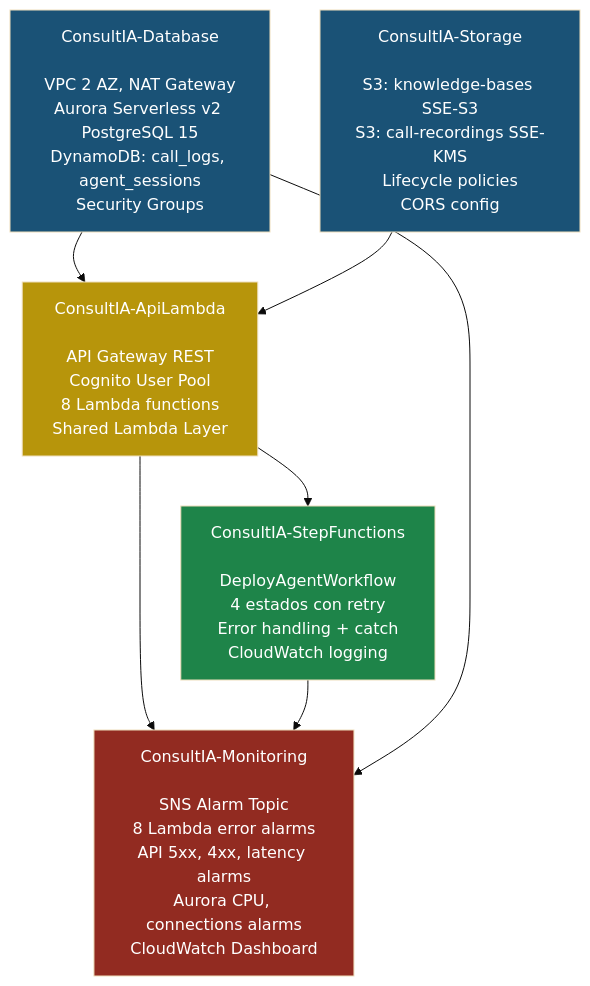
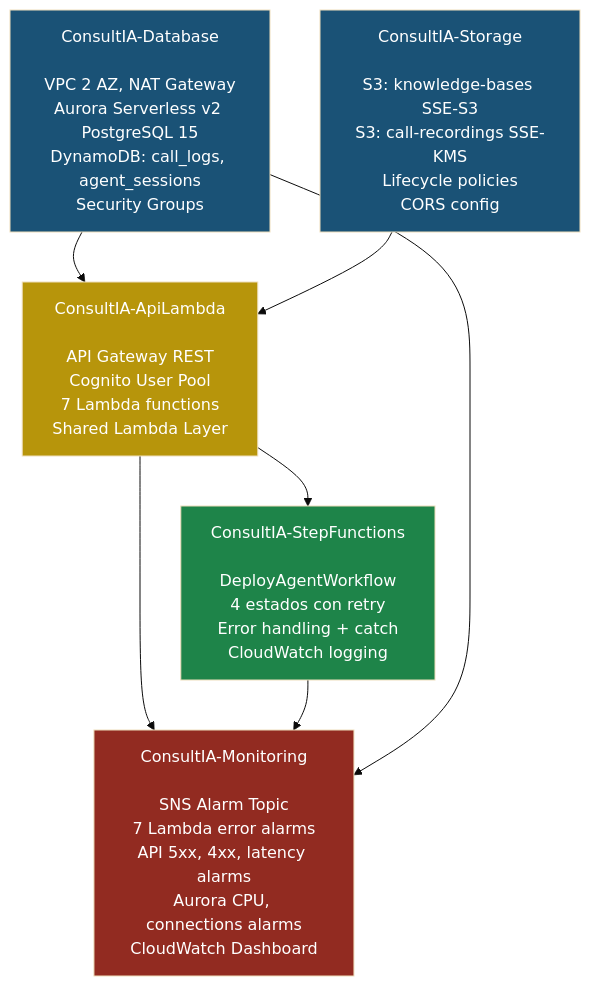
One commit to alvarojauna/consultia-landing changed the second of 3 diagrams in README.md. Above: the diagram before and after it, drawn with Mermaid (base theme). The commit also changed other lines of this file and 19 other files, not shown here.

````diff
--- a/README.md
+++ b/README.md
@@ -107,21 +104,21 @@
 ```mermaid
 graph TD
     DB["ConsultIA-Database<br/><br/>VPC 2 AZ, NAT Gateway<br/>Aurora Serverless v2 PostgreSQL 15<br/>DynamoDB: call_logs, agent_sessions<br/>Security Groups"]
     ST["ConsultIA-Storage<br/><br/>S3: knowledge-bases SSE-S3<br/>S3: call-recordings SSE-KMS<br/>Lifecycle policies<br/>CORS config"]
-    AL["ConsultIA-ApiLambda<br/><br/>API Gateway REST<br/>Cognito User Pool<br/>8 Lambda functions<br/>Shared Lambda Layer"]
+    AL["ConsultIA-ApiLambda<br/><br/>API Gateway REST<br/>Cognito User Pool<br/>7 Lambda functions<br/>Shared Lambda Layer"]
     SF["ConsultIA-StepFunctions<br/><br/>DeployAgentWorkflow<br/>4 estados con retry<br/>Error handling + catch<br/>CloudWatch logging"]
-    MO["ConsultIA-Monitoring<br/><br/>SNS Alarm Topic<br/>8 Lambda error alarms<br/>API 5xx, 4xx, latency alarms<br/>Aurora CPU, connections alarms<br/>CloudWatch Dashboard"]
+    MO["ConsultIA-Monitoring<br/><br/>SNS Alarm Topic<br/>7 Lambda error alarms<br/>API 5xx, 4xx, latency alarms<br/>Aurora CPU, connections alarms<br/>CloudWatch Dashboard"]
 
     DB --> AL
     ST --> AL
     AL --> SF
     AL --> MO
     SF --> MO
     DB --> MO
 
     style DB fill:#1a5276,color:#fff
     style ST fill:#1a5276,color:#fff
     style AL fill:#b7950b,color:#fff
     style SF fill:#1e8449,color:#fff
     style MO fill:#922b21,color:#fff
 ```
````
